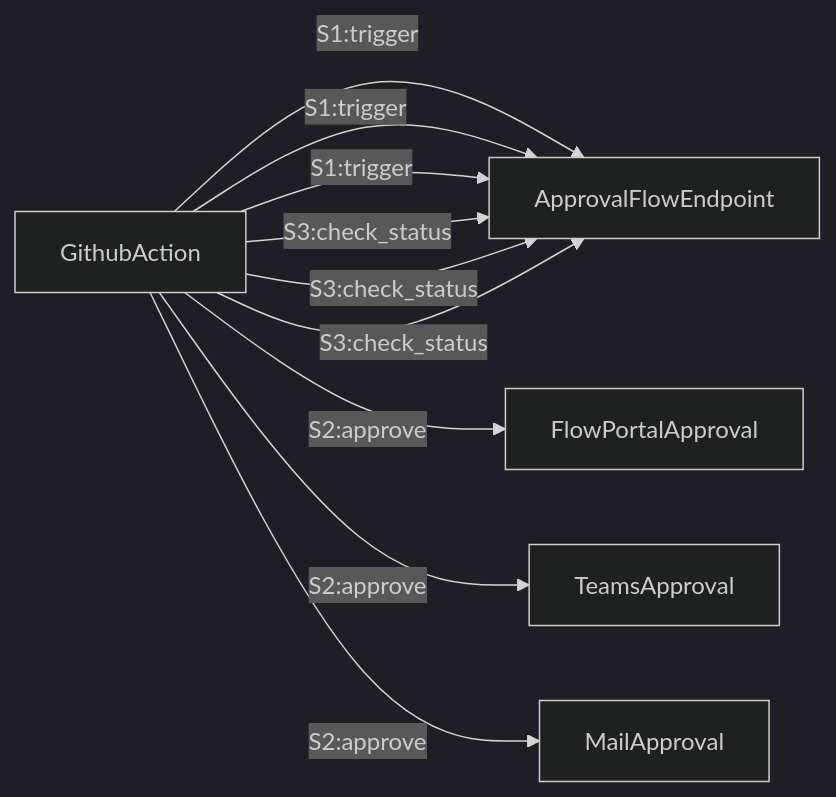
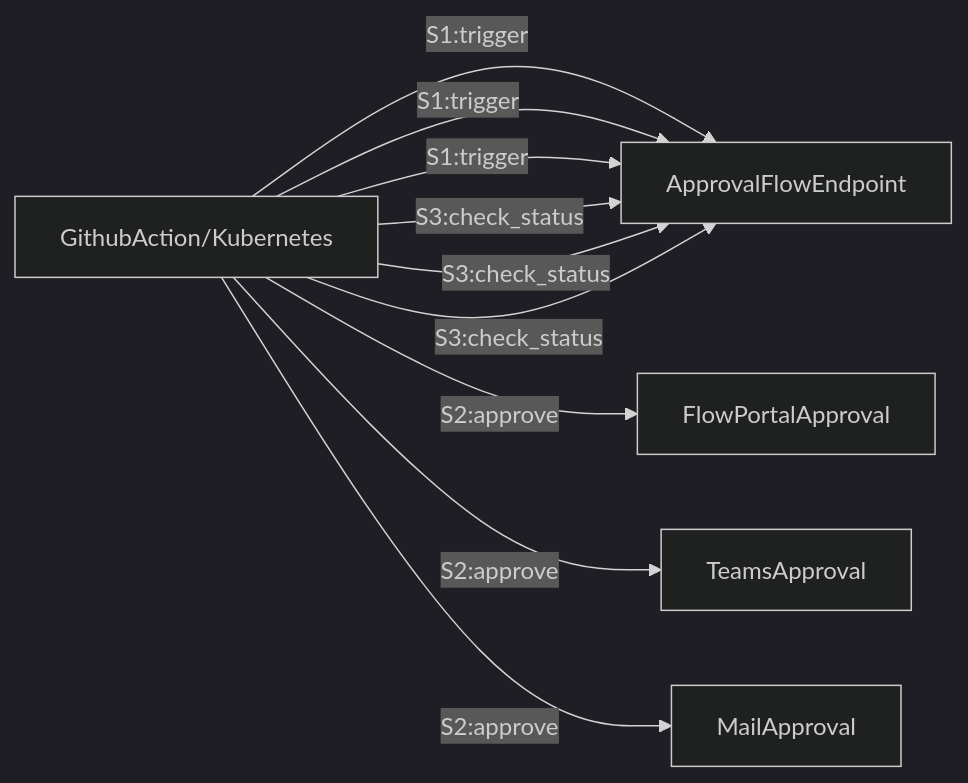
Before and after one commit to jianxu42/E2E-Approval-Flow: the diagram in README.md, drawn with Mermaid (dark theme).

````diff
--- a/README.md
+++ b/README.md
@@ -6,12 +6,12 @@
 ```mermaid
 graph LR
-    Playwright[GithubAction]--S1:trigger-->ApprovalFlowEndpoint;
-    Playwright[GithubAction]--S1:trigger-->ApprovalFlowEndpoint;
-    Playwright[GithubAction]--S1:trigger-->ApprovalFlowEndpoint;
-    Playwright[GithubAction]--S2:approve-->FlowPortalApproval;
-    Playwright[GithubAction]--S2:approve-->TeamsApproval;
-    Playwright[GithubAction]--S2:approve-->MailApproval;
-    Playwright[GithubAction]--S3:check_status-->ApprovalFlowEndpoint;
-    Playwright[GithubAction]--S3:check_status-->ApprovalFlowEndpoint;
-    Playwright[GithubAction]--S3:check_status-->ApprovalFlowEndpoint;
+    Playwright[GithubAction/Kubernetes]--S1:trigger-->ApprovalFlowEndpoint;
+    Playwright[GithubAction/Kubernetes]--S1:trigger-->ApprovalFlowEndpoint;
+    Playwright[GithubAction/Kubernetes]--S1:trigger-->ApprovalFlowEndpoint;
+    Playwright[GithubAction/Kubernetes]--S2:approve-->FlowPortalApproval;
+    Playwright[GithubAction/Kubernetes]--S2:approve-->TeamsApproval;
+    Playwright[GithubAction/Kubernetes]--S2:approve-->MailApproval;
+    Playwright[GithubAction/Kubernetes]--S3:check_status-->ApprovalFlowEndpoint;
+    Playwright[GithubAction/Kubernetes]--S3:check_status-->ApprovalFlowEndpoint;
+    Playwright[GithubAction/Kubernetes]--S3:check_status-->ApprovalFlowEndpoint;
 ```
````
